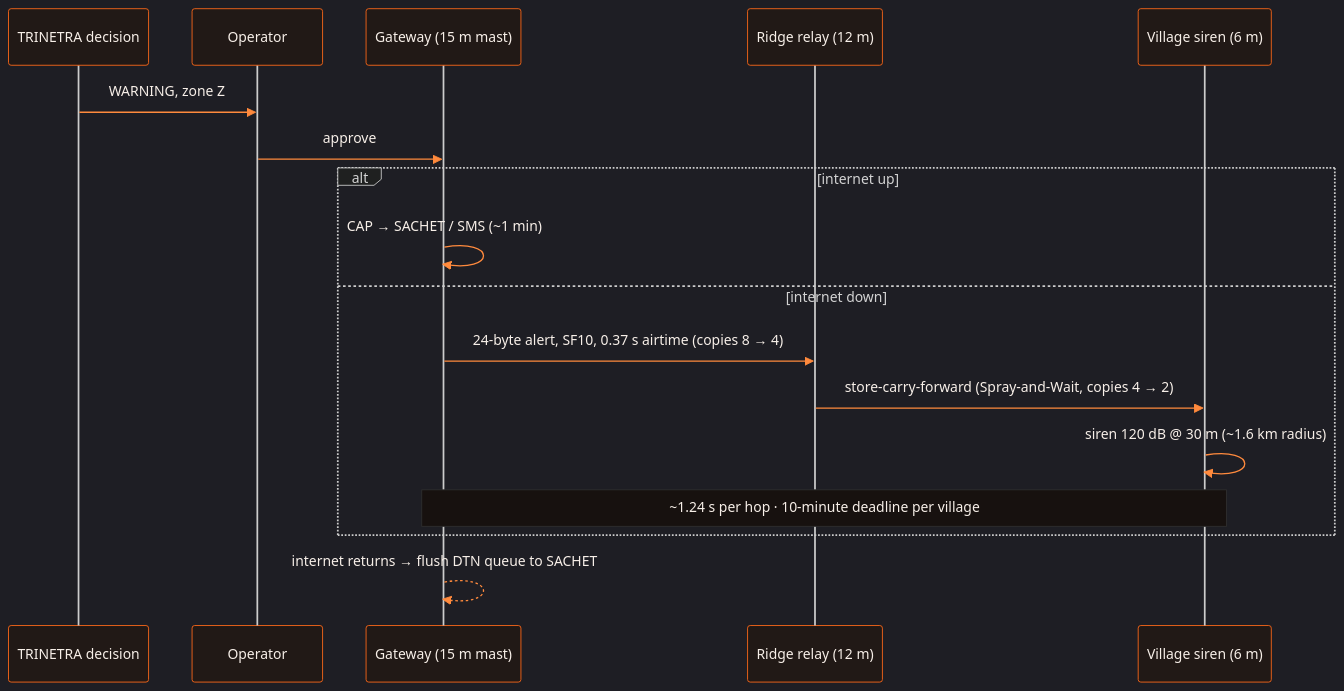
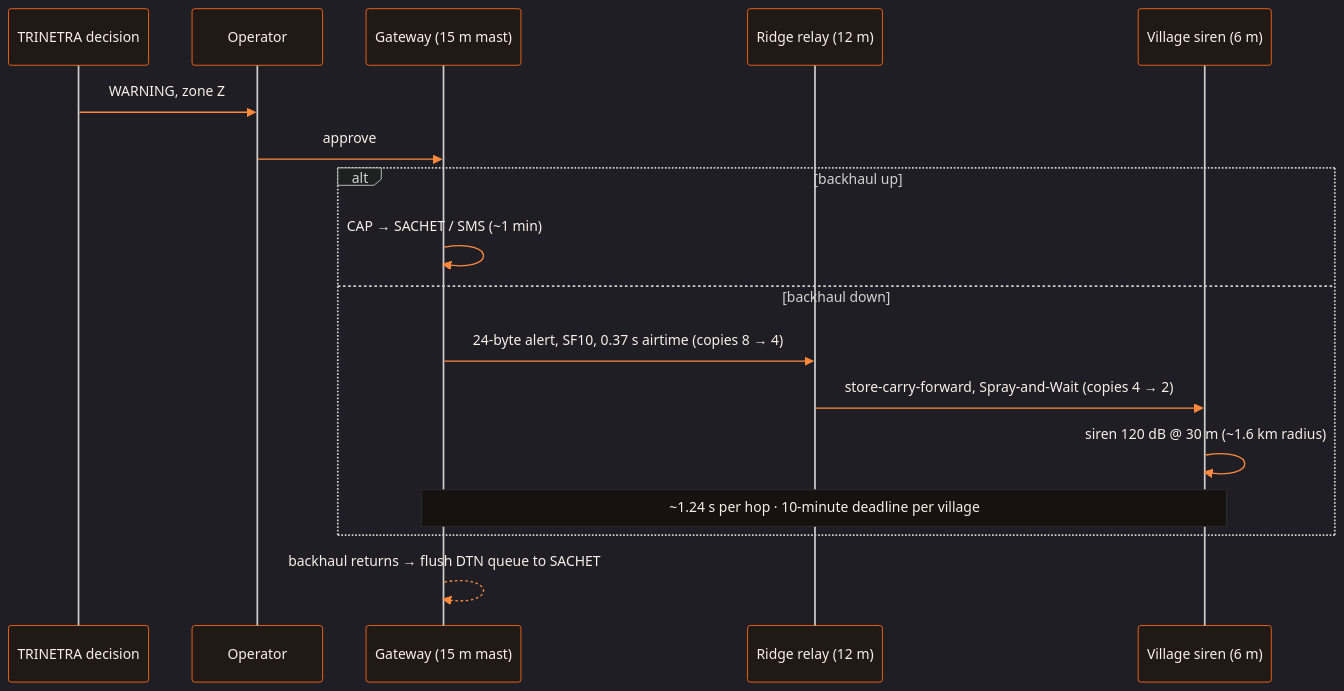
One commit to saksham1253/TRINETRA-Advanced-Physics-RL-Meta-Fusion-Offline-Alert-Deepfake-Detection changed the second of 3 diagrams in README.md. Above: the diagram before and after it, drawn with Mermaid. The commit also changed other lines of this file, not shown here.

First line of the commit message:
docs: Upgrade comprehensive README with 18-chapter structure and high-res figure analysis

````diff
--- a/README.md
+++ b/README.md
@@ -114,20 +750,20 @@
 ```mermaid
 %%{init: {'theme':'dark','themeVariables':{'background':'#0d0a09','actorBkg':'#211916','actorTextColor':'#f7efe8','actorBorder':'#ff6a1a','signalColor':'#ff8a3d','signalTextColor':'#f7efe8','noteBkgColor':'#17110f','noteTextColor':'#f7efe8'}}}%%
 sequenceDiagram
   participant D as TRINETRA decision
   participant O as Operator
   participant G as Gateway (15 m mast)
   participant R as Ridge relay (12 m)
   participant V as Village siren (6 m)
   D->>O: WARNING, zone Z
   O->>G: approve
-  alt internet up
+  alt backhaul up
     G->>G: CAP → SACHET / SMS (~1 min)
-  else internet down
+  else backhaul down
     G->>R: 24-byte alert, SF10, 0.37 s airtime (copies 8 → 4)
-    R->>V: store-carry-forward (Spray-and-Wait, copies 4 → 2)
+    R->>V: store-carry-forward, Spray-and-Wait (copies 4 → 2)
     V->>V: siren 120 dB @ 30 m (~1.6 km radius)
     Note over G,V: ~1.24 s per hop · 10-minute deadline per village
   end
-  G-->>G: internet returns → flush DTN queue to SACHET
+  G-->>G: backhaul returns → flush DTN queue to SACHET
 ```
````
